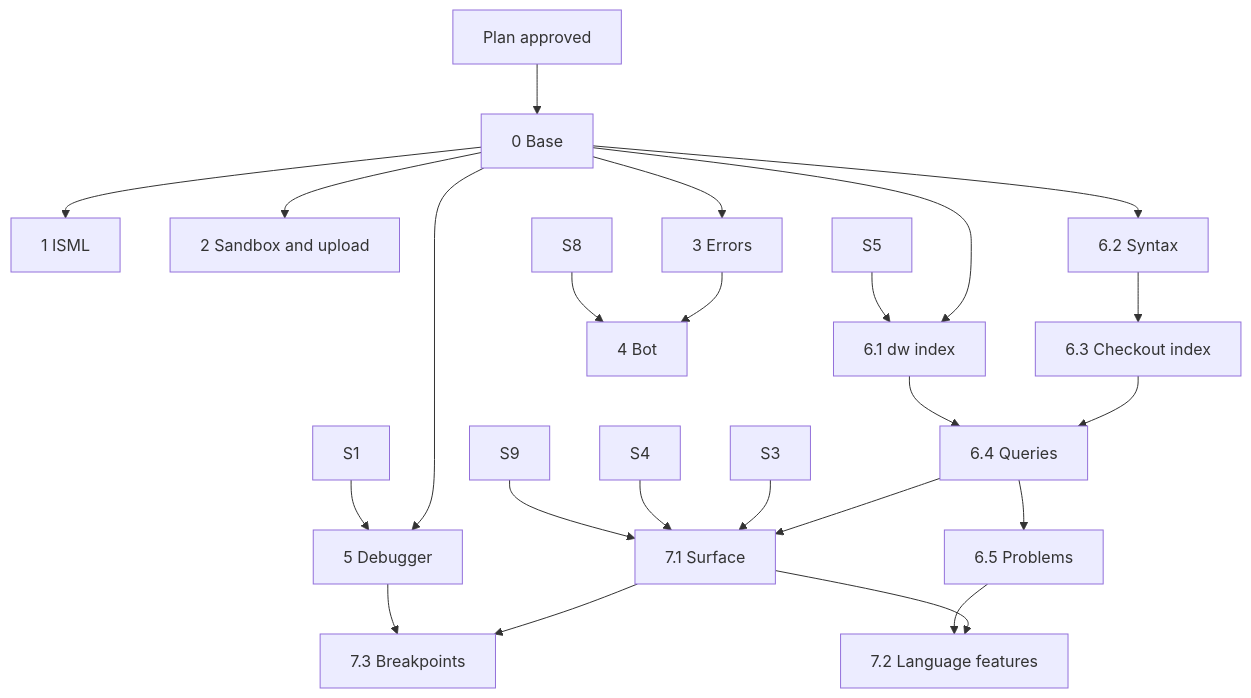
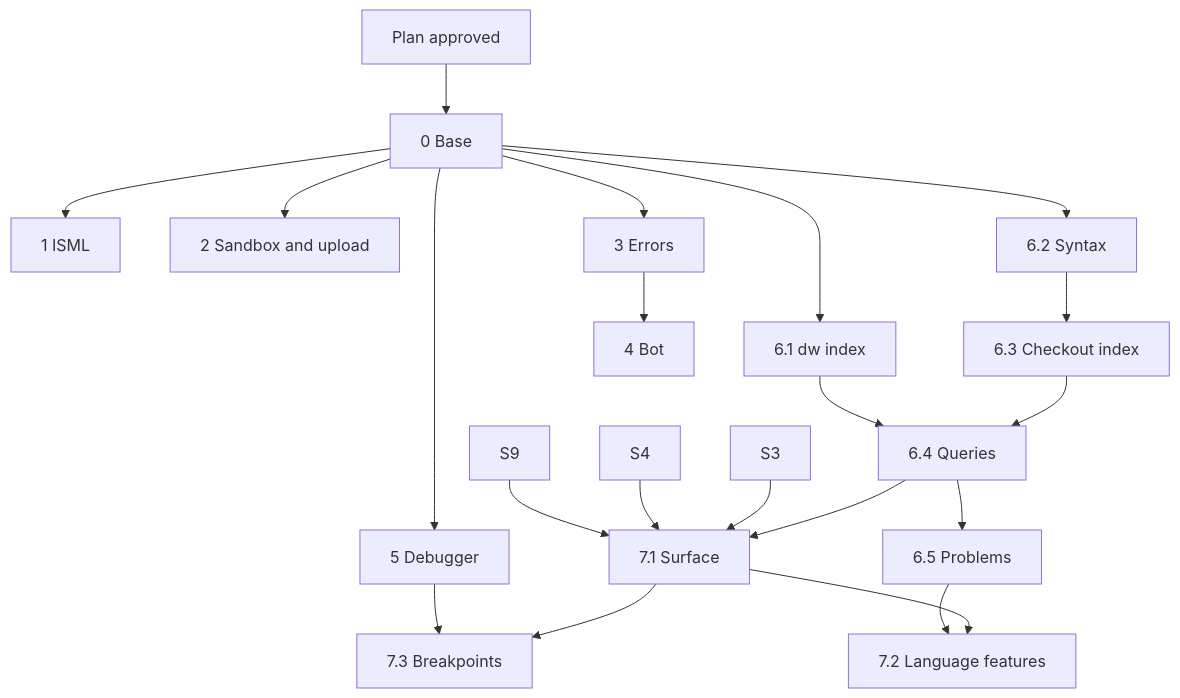
The diagram in docs/plan.md (moilolon/orca-sfcc-tools), drawn with Mermaid before and after one commit. The commit also changed other lines of this file, not shown here.

````diff
--- a/docs/plan.md
+++ b/docs/plan.md
@@ -475,22 +482,19 @@
 ```mermaid
 graph TD
   PLAN[Plan approved] --> P0[0 Base]
   P0 --> P1[1 ISML]
   P0 --> P2[2 Sandbox and upload]
   P0 --> P3[3 Errors]
   P0 --> P5[5 Debugger]
   P0 --> P61[6.1 dw index]
   P0 --> P62[6.2 Syntax]
-  S1 --> P5
-  S5 --> P61
   P3 --> P4[4 Bot]
-  S8 --> P4
   P62 --> P63[6.3 Checkout index] --> P64[6.4 Queries] --> P65[6.5 Problems]
   P61 --> P64
   P64 --> P71[7.1 Surface]
   S3 & S4 & S9 --> P71
   P71 --> P72[7.2 Language features]
   P65 --> P72
   P71 --> P73[7.3 Breakpoints]
   P5 --> P73
 ```
````
